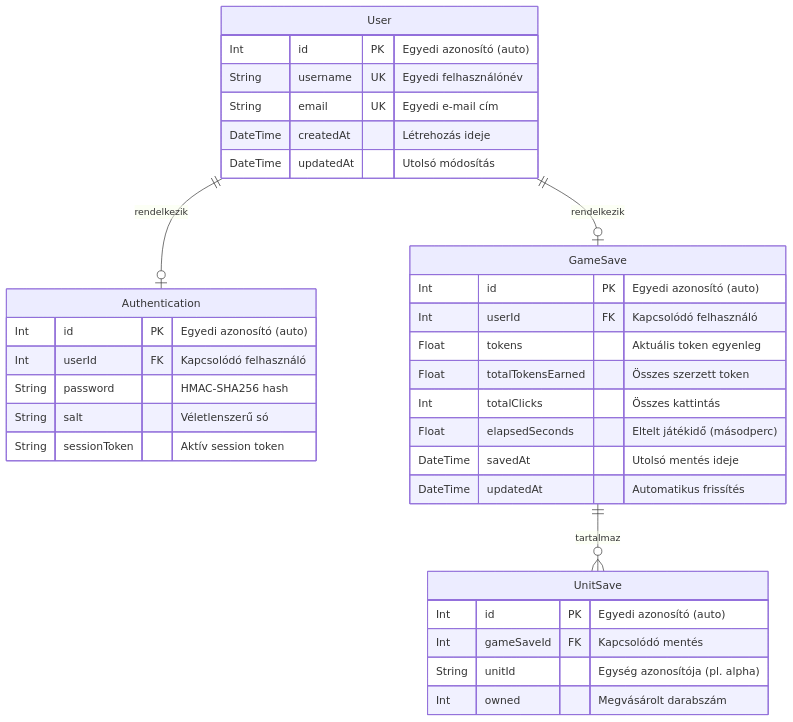
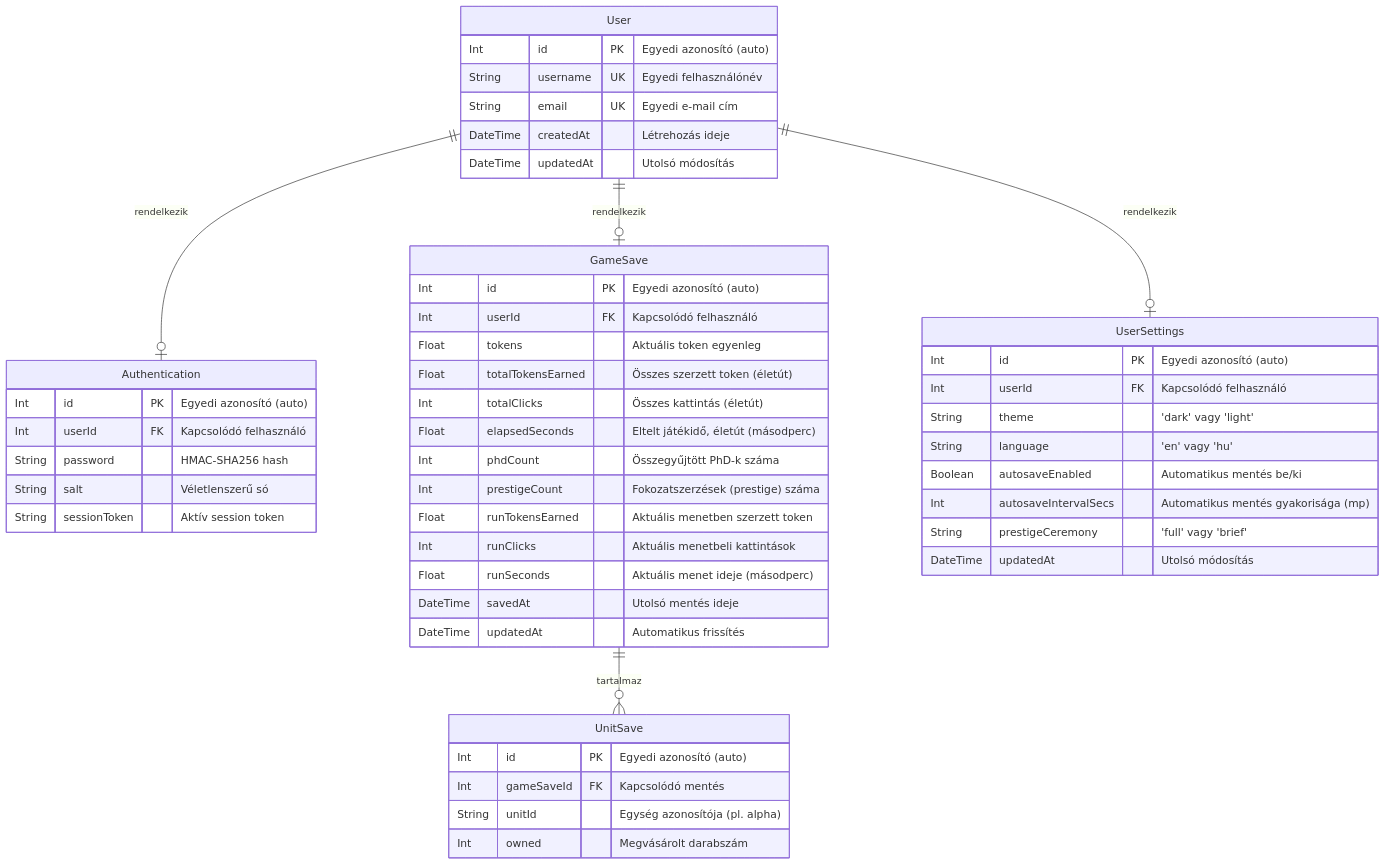
Before and after one commit to Kszg/zuti-clicker: the diagram in docs/uml/uml-adatbazis.md, drawn with Mermaid. The commit also changed other lines of this file and 2 other files, not shown here.

Commit message:
updated developer/user docs and ER diagram for prestige and settings
- uml-adatbazis.md: added the 5 new GameSave columns, the UserSettings
  entity and its relation, and a note on lifetime vs run fields
- developer/final.md: documented GET/PUT /settings and the optional
  prestige fields on PUT /save; extended the state-management diagram
  and the 'add an endpoint' recipe to cover schema/migration steps it
  previously skipped; added frontend test-run instructions (Vitest)
  and a short section on where balance constants live
- user/final.md: new Fokozat (Prestige) section explaining the loop
  and the reset/keep trade-off in plain terms; new Beállítások section
  for the settings modal; updated the stats table, the autosave
  docs (moved out of the save bar), and the beforeunload note to match
  the widened guard

````diff
--- a/docs/uml/uml-adatbazis.md
+++ b/docs/uml/uml-adatbazis.md
@@ -3,40 +3,57 @@
 ```mermaid
 erDiagram
     User {
         Int     id          PK  "Egyedi azonosító (auto)"
         String  username    UK  "Egyedi felhasználónév"
         String  email       UK  "Egyedi e-mail cím"
         DateTime createdAt      "Létrehozás ideje"
         DateTime updatedAt      "Utolsó módosítás"
     }
 
     Authentication {
         Int     id           PK "Egyedi azonosító (auto)"
         Int     userId       FK "Kapcsolódó felhasználó"
         String  password         "HMAC-SHA256 hash"
         String  salt             "Véletlenszerű só"
         String  sessionToken     "Aktív session token"
     }
 
     GameSave {
         Int     id                PK "Egyedi azonosító (auto)"
         Int     userId            FK "Kapcsolódó felhasználó"
         Float   tokens               "Aktuális token egyenleg"
-        Float   totalTokensEarned    "Összes szerzett token"
-        Int     totalClicks          "Összes kattintás"
-        Float   elapsedSeconds       "Eltelt játékidő (másodperc)"
+        Float   totalTokensEarned    "Összes szerzett token (életút)"
+        Int     totalClicks          "Összes kattintás (életút)"
+        Float   elapsedSeconds       "Eltelt játékidő, életút (másodperc)"
+        Int     phdCount             "Összegyűjtött PhD-k száma"
+        Int     prestigeCount        "Fokozatszerzések (prestige) száma"
+        Float   runTokensEarned      "Aktuális menetben szerzett token"
+        Int     runClicks            "Aktuális menetbeli kattintások"
+        Float   runSeconds           "Aktuális menet ideje (másodperc)"
         DateTime savedAt             "Utolsó mentés ideje"
         DateTime updatedAt           "Automatikus frissítés"
     }
 
     UnitSave {
         Int     id          PK  "Egyedi azonosító (auto)"
         Int     gameSaveId  FK  "Kapcsolódó mentés"
         String  unitId          "Egység azonosítója (pl. alpha)"
         Int     owned           "Megvásárolt darabszám"
     }
 
+    UserSettings {
+        Int      id                   PK "Egyedi azonosító (auto)"
+        Int      userId               FK "Kapcsolódó felhasználó"
+        String   theme                   "'dark' vagy 'light'"
+        String   language                "'en' vagy 'hu'"
+        Boolean  autosaveEnabled         "Automatikus mentés be/ki"
+        Int      autosaveIntervalSecs    "Automatikus mentés gyakorisága (mp)"
+        String   prestigeCeremony        "'full' vagy 'brief'"
+        DateTime updatedAt               "Utolsó módosítás"
+    }
+
     User ||--o| Authentication : "rendelkezik"
     User ||--o| GameSave       : "rendelkezik"
+    User ||--o| UserSettings   : "rendelkezik"
     GameSave ||--o{ UnitSave   : "tartalmaz"
 ```
````
